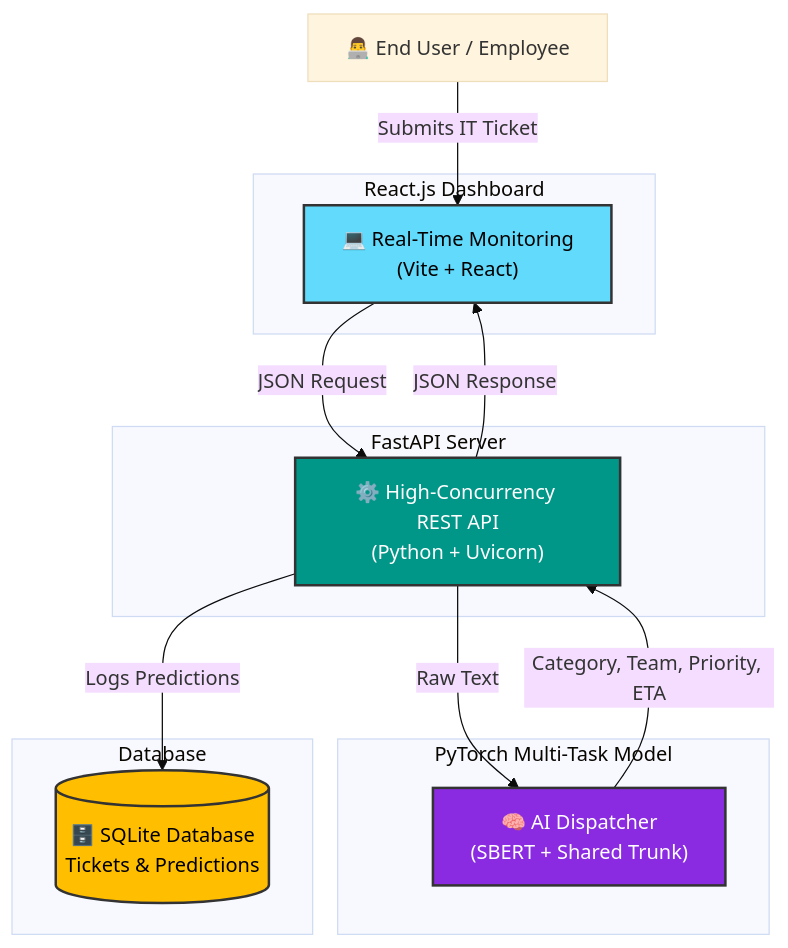
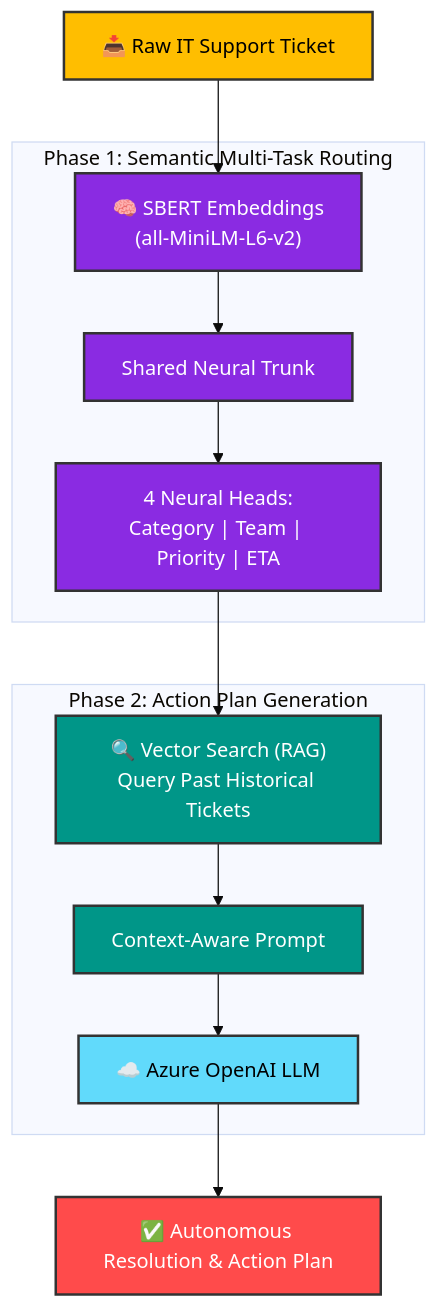
One commit to srinath2934/An-End-to-End-Semantic-AI-System-for-Automated-Support-Ticket-Handling changed the first of 2 diagrams in README.md. Above: the diagram before and after it, drawn with Mermaid (base theme).

Commit message:
docs: use semantic RAG pipeline diagram

````diff
--- a/README.md
+++ b/README.md
@@ -33,32 +33,24 @@
 ```mermaid
 graph TD
     %% Styling
-    classDef frontend fill:#61DAFB,stroke:#333,stroke-width:2px,color:#000
-    classDef backend fill:#009688,stroke:#333,stroke-width:2px,color:#fff
+    classDef input fill:#FFBE00,stroke:#333,stroke-width:2px,color:#000
     classDef ml fill:#8A2BE2,stroke:#333,stroke-width:2px,color:#fff
-    classDef db fill:#FFBE00,stroke:#333,stroke-width:2px,color:#000
+    classDef rag fill:#009688,stroke:#333,stroke-width:2px,color:#fff
+    classDef llm fill:#61DAFB,stroke:#333,stroke-width:2px,color:#000
+    classDef output fill:#FF4B4B,stroke:#333,stroke-width:2px,color:#fff
 
-    User["👨‍💻 End User / Employee"] -->|Submits IT Ticket| UI
+    Ticket["📥 Raw IT Support Ticket"]:::input --> SBERT
     
-    subgraph Frontend [React.js Dashboard]
-        UI["💻 Real-Time Monitoring<br/>(Vite + React)"]:::frontend
+    subgraph Phase1 [Phase 1: Semantic Multi-Task Routing]
+        SBERT["🧠 SBERT Embeddings<br/>(all-MiniLM-L6-v2)"]:::ml --> Trunk["Shared Neural Trunk"]:::ml
+        Trunk --> Heads["4 Neural Heads:<br/>Category | Team | Priority | ETA"]:::ml
     end
     
-    subgraph Backend [FastAPI Server]
-        API["⚙️ High-Concurrency REST API<br/>(Python + Uvicorn)"]:::backend
-    end
-    
-    subgraph MachineLearning [PyTorch Multi-Task Model]
-        Model["🧠 AI Dispatcher<br/>(SBERT + Shared Trunk)"]:::ml
-    end
-    
-    subgraph Storage [Database]
-        DB[(🗄️ SQLite Database<br/>Tickets & Predictions)]:::db
+    subgraph Phase2 [Phase 2: Action Plan Generation]
+        Heads --> Search["🔍 Vector Search (RAG)<br/>Query Past Historical Tickets"]:::rag
+        Search --> Prompt["Context-Aware Prompt"]:::rag
+        Prompt --> Azure["☁️ Azure OpenAI LLM"]:::llm
     end
 
-    UI -->|JSON Request| API
-    API -->|Raw Text| Model
-    Model -->|Category, Team, Priority, ETA| API
-    API -->|Logs Predictions| DB
-    API -->|JSON Response| UI
+    Azure --> Final["✅ Autonomous Resolution & Action Plan"]:::output
 ```
````
